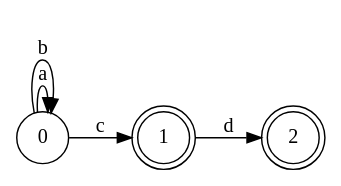
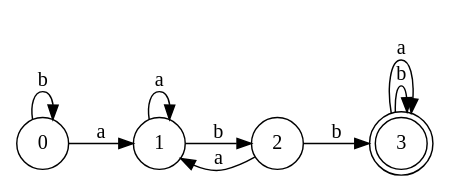
The diagram in out/MinDFA_regex2.DOT (Jose-Merida-UVG/Compilers-1-CC3071), drawn with Graphviz before and after one commit. The commit also changed 58 other files, not shown here.

```diff
--- a/out/MinDFA_regex2.DOT
+++ b/out/MinDFA_regex2.DOT
@@ -1,11 +1,16 @@
 digraph "graph" {
 	rankdir=LR size = "8,5"
 	node[shape=circle]
-	12 [label=0]
-	13 [label=1][shape=doublecircle]
-	14 [label=2][shape=doublecircle]
-	13 -> 14 [label="d"]
-	12 -> 13 [label="c"]
-	12 -> 12 [label="a"]
-	12 -> 12 [label="b"]
+	14 [label=0]
+	14 -> 14 [label="b"]
+	13 [label=1]
+	13 -> 13 [label="a"]
+	15 [label=2]
+	16 [label=3][shape=doublecircle]
+	16 -> 16 [label="b"]
+	16 -> 16 [label="a"]
+	15 -> 16 [label="b"]
+	15 -> 13 [label="a"]
+	13 -> 15 [label="b"]
+	14 -> 13 [label="a"]
 }
```
